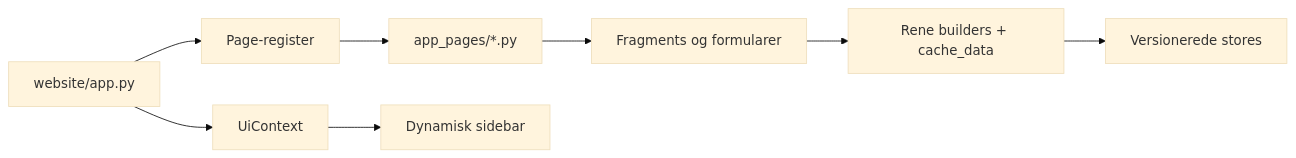
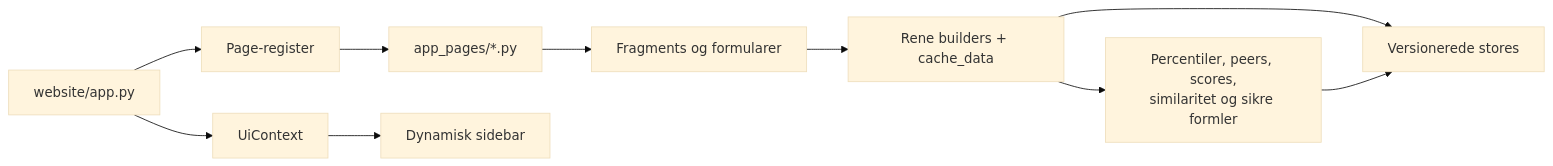
The second of 4 diagrams in docs/architecture.md (Peter537/holdet-fantasy-hub), drawn with Mermaid (base theme) before and after one commit. The commit also changed other lines of this file and 43 other files, not shown here.

````diff
--- a/docs/architecture.md
+++ b/docs/architecture.md
@@ -70,10 +70,12 @@
 ```mermaid
 flowchart LR
     Entry["website/app.py"] --> Registry["Page-register"]
     Registry --> Page["app_pages/*.py"]
     Entry --> UiContext["UiContext"]
     UiContext --> Sidebar["Dynamisk sidebar"]
     Page --> Fragments["Fragments og formularer"]
     Fragments --> Builders["Rene builders + cache_data"]
+    Builders --> Scouting["Percentiler, peers, scores,<br/>similaritet og sikre formler"]
     Builders --> Stores["Versionerede stores"]
+    Scouting --> Stores
 ```
````
